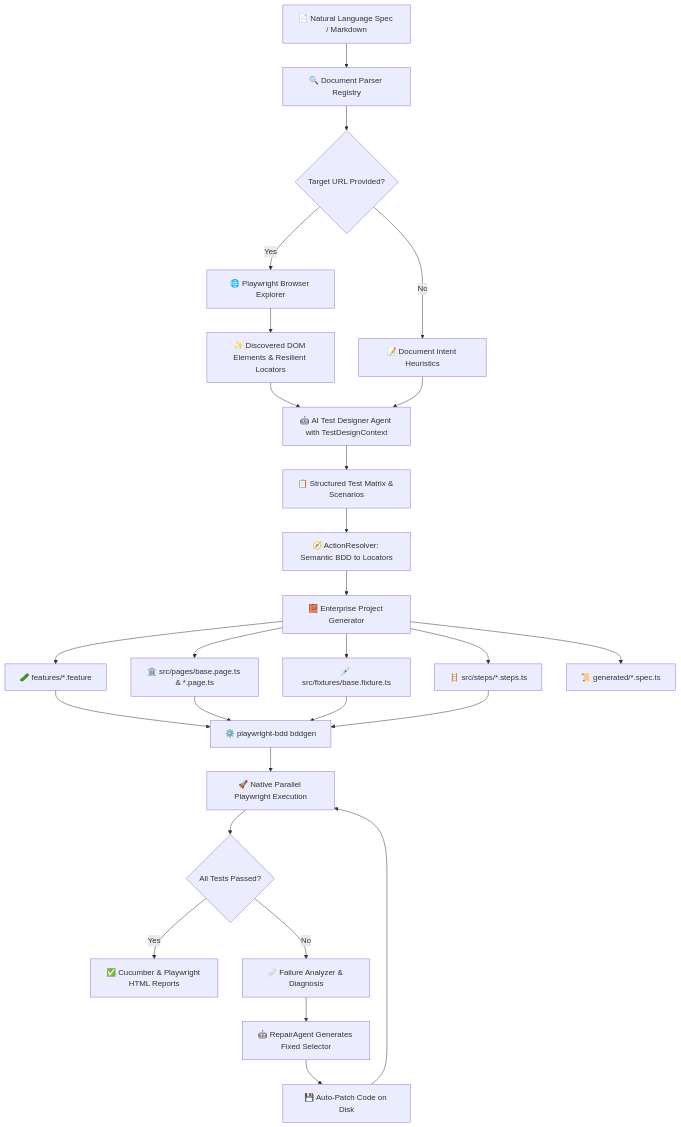
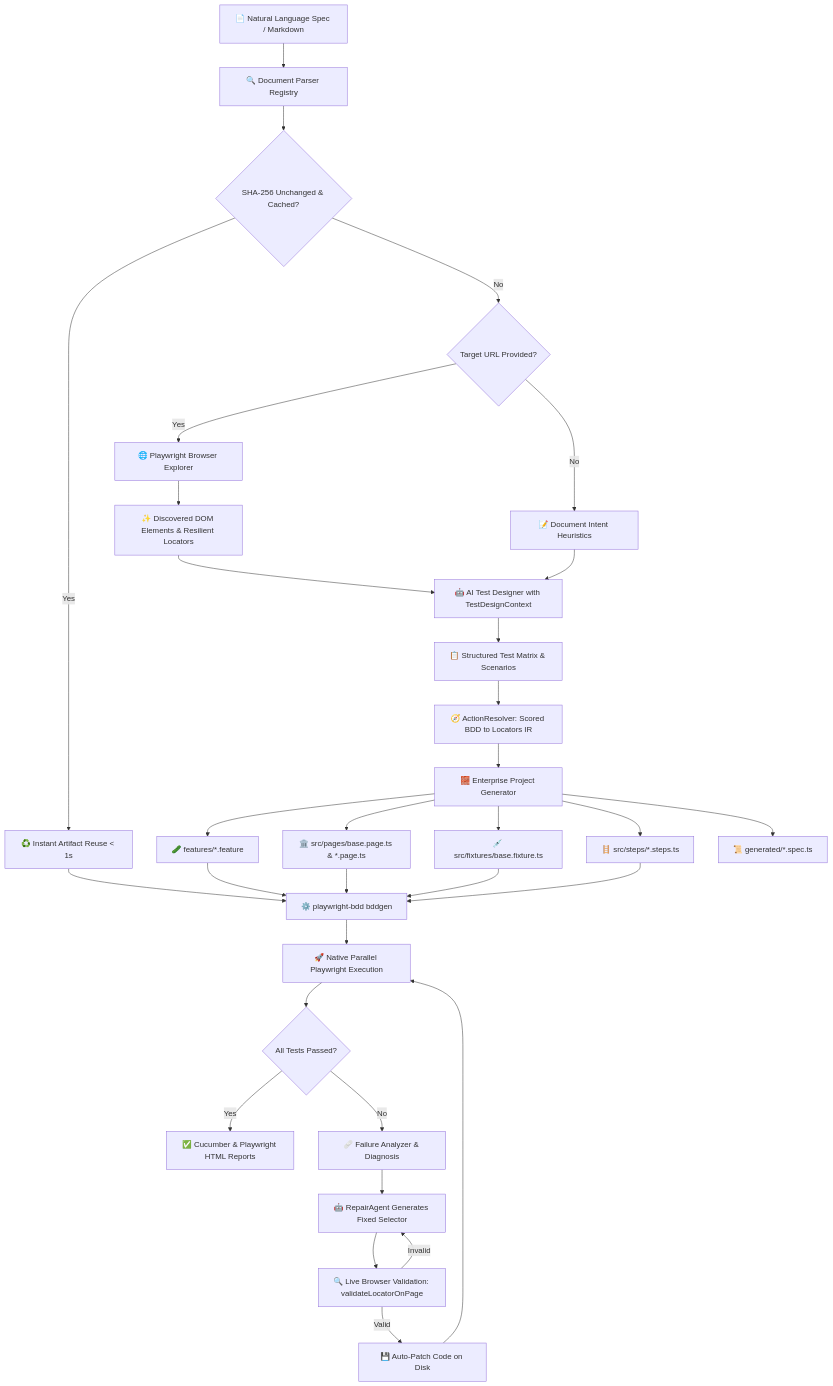
The diagram in README.md (skeithnight/karsa-sentinel), drawn with Mermaid before and after one commit. The commit also changed other lines of this file and 19 other files, not shown here.

````diff
--- a/README.md
+++ b/README.md
@@ -109,26 +118,31 @@
 ```mermaid
 flowchart TD
     A[📄 Natural Language Spec / Markdown] --> B[🔍 Document Parser Registry]
-    B --> C{Target URL Provided?}
-    C -- Yes --> D[🌐 Playwright Browser Explorer]
-    D --> E[✨ Discovered DOM Elements & Resilient Locators]
-    C -- No --> F[📝 Document Intent Heuristics]
-    E --> G[🤖 AI Test Designer Agent with TestDesignContext]
-    F --> G
-    G --> H[📋 Structured Test Matrix & Scenarios]
-    H --> I[🧭 ActionResolver: Semantic BDD to Locators]
-    I --> J[🧱 Enterprise Project Generator]
-    J --> K[🥒 features/*.feature]
-    J --> L[🏛️ src/pages/base.page.ts & *.page.ts]
-    J --> M[💉 src/fixtures/base.fixture.ts]
-    J --> N[🪜 src/steps/*.steps.ts]
-    J --> O[📜 generated/*.spec.ts]
-    K & L & M & N --> P[⚙️ playwright-bdd bddgen]
-    P --> Q[🚀 Native Parallel Playwright Execution]
-    Q --> R{All Tests Passed?}
-    R -- Yes --> S[✅ Cucumber & Playwright HTML Reports]
-    R -- No --> T[🩹 Failure Analyzer & Diagnosis]
-    T --> U[🤖 RepairAgent Generates Fixed Selector]
-    U --> V[💾 Auto-Patch Code on Disk]
-    V --> Q
+    B --> C{SHA-256 Unchanged & Cached?}
+    C -- Yes --> D[♻️ Instant Artifact Reuse < 1s]
+    C -- No --> E{Target URL Provided?}
+    E -- Yes --> F[🌐 Playwright Browser Explorer]
+    F --> G[✨ Discovered DOM Elements & Resilient Locators]
+    E -- No --> H[📝 Document Intent Heuristics]
+    G --> I[🤖 AI Test Designer with TestDesignContext]
+    H --> I
+    I --> J[📋 Structured Test Matrix & Scenarios]
+    J --> K[🧭 ActionResolver: Scored BDD to Locators IR]
+    K --> L[🧱 Enterprise Project Generator]
+    L --> M[🥒 features/*.feature]
+    L --> N[🏛️ src/pages/base.page.ts & *.page.ts]
+    L --> O[💉 src/fixtures/base.fixture.ts]
+    L --> P[🪜 src/steps/*.steps.ts]
+    L --> Q[📜 generated/*.spec.ts]
+    M & N & O & P --> R[⚙️ playwright-bdd bddgen]
+    D --> R
+    R --> S[🚀 Native Parallel Playwright Execution]
+    S --> T{All Tests Passed?}
+    T -- Yes --> U[✅ Cucumber & Playwright HTML Reports]
+    T -- No --> V[🩹 Failure Analyzer & Diagnosis]
+    V --> W[🤖 RepairAgent Generates Fixed Selector]
+    W --> X[🔍 Live Browser Validation: validateLocatorOnPage]
+    X -- Valid --> Y[💾 Auto-Patch Code on Disk]
+    X -- Invalid --> W
+    Y --> S
 ```
````
